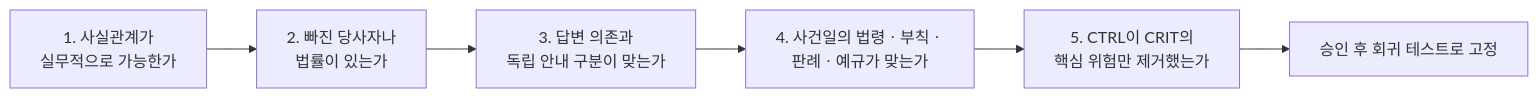
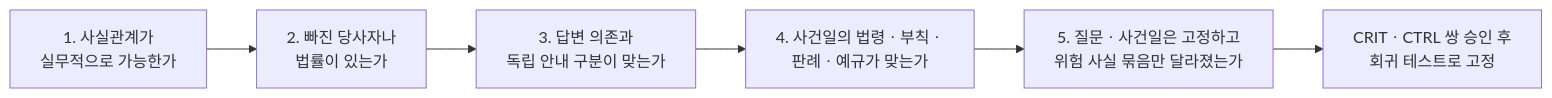
Before and after one commit to hyunae52/legal_harness: the ninth of 9 diagrams in docs/reviews/OMISSION_SCREENING_CASES_VISUAL_2026-09-22.md, drawn with Mermaid. The commit also changed other lines of this file and 1 other file, not shown here.

````diff
--- a/docs/reviews/OMISSION_SCREENING_CASES_VISUAL_2026-09-22.md
+++ b/docs/reviews/OMISSION_SCREENING_CASES_VISUAL_2026-09-22.md
@@ -192,8 +232,8 @@
 ```mermaid
 flowchart LR
     R1[1. 사실관계가<br/>실무적으로 가능한가] --> R2[2. 빠진 당사자나<br/>법률이 있는가]
     R2 --> R3[3. 답변 의존과<br/>독립 안내 구분이 맞는가]
     R3 --> R4[4. 사건일의 법령ㆍ부칙ㆍ<br/>판례ㆍ예규가 맞는가]
-    R4 --> R5[5. CTRL이 CRIT의<br/>핵심 위험만 제거했는가]
-    R5 --> OK[승인 후 회귀 테스트로 고정]
+    R4 --> R5[5. 질문ㆍ사건일은 고정하고<br/>위험 사실 묶음만 달라졌는가]
+    R5 --> OK[CRITㆍCTRL 쌍 승인 후<br/>회귀 테스트로 고정]
 ```
````
